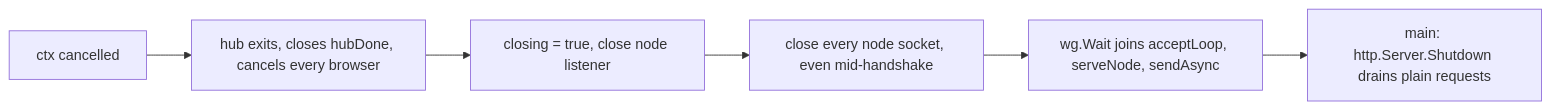
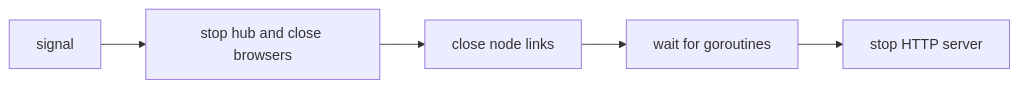
One commit to Aditya-Jyoti/swarm-communication changed the fourth of 4 diagrams in docs/architecture/control-center.md. Above: the diagram before and after it, drawn with Mermaid. The commit also changed other lines of this file, not shown here.

Commit message:
docs(architecture): merge the control plane contract into the control center page

````diff
--- a/docs/architecture/control-center.md
+++ b/docs/architecture/control-center.md
@@ -339,8 +157,7 @@
 ```mermaid
 flowchart LR
-    A["ctx cancelled"] --> B["hub exits, closes hubDone, cancels every browser"]
-    B --> C["closing = true, close node listener"]
-    C --> D["close every node socket, even mid-handshake"]
-    D --> E["wg.Wait joins acceptLoop, serveNode, sendAsync"]
-    E --> F["main: http.Server.Shutdown drains plain requests"]
+    A[signal] --> B[stop hub and close browsers]
+    B --> C[close node links]
+    C --> D[wait for goroutines]
+    D --> E[stop HTTP server]
 ```
````
